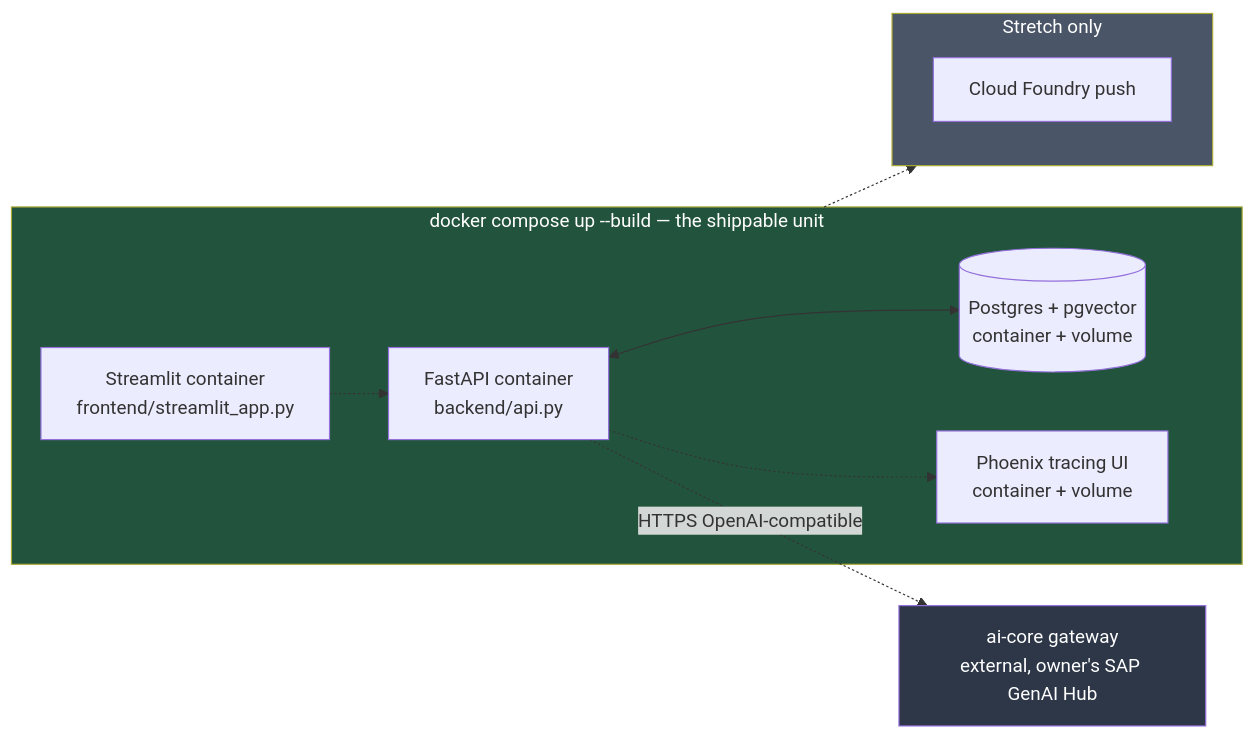
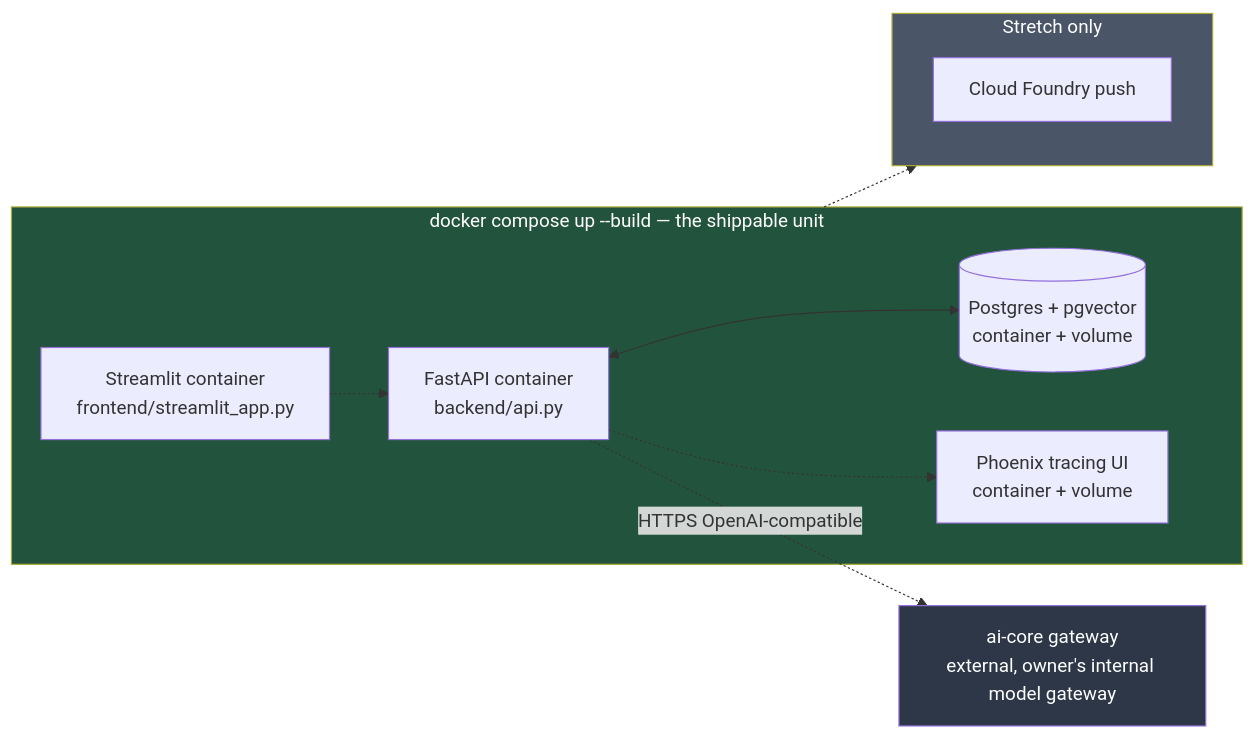
The sixth of 6 diagrams in docs/architecture.md (SaiMun92/certcoach), drawn with Mermaid before and after one commit. The commit also changed 10 other files, not shown here.

First line of the commit message:
Anonymize SAP AI Core references as internal model gateway

````diff
--- a/docs/architecture.md
+++ b/docs/architecture.md
@@ -252,22 +252,22 @@
 ```mermaid
 flowchart LR
     subgraph Local["docker compose up --build — the shippable unit"]
         API[FastAPI container<br/>backend/api.py]
         UI[Streamlit container<br/>frontend/streamlit_app.py]
         PG[(Postgres + pgvector<br/>container + volume)]
         PHX[Phoenix tracing UI<br/>container + volume]
         API <--> PG
         UI -.-> API
         API -.-> PHX
     end
-    API -.HTTPS OpenAI-compatible.-> EXT[ai-core gateway<br/>external, owner's SAP GenAI Hub]
+    API -.HTTPS OpenAI-compatible.-> EXT[ai-core gateway<br/>external, owner's internal model gateway]
 
     subgraph Stretch["Stretch only"]
         CF[Cloud Foundry push]
     end
     Local -.-> Stretch
 
     style Local fill:#22543d,color:#fff
     style Stretch fill:#4a5568,color:#fff
     style EXT fill:#2d3748,color:#fff
 ```
````
